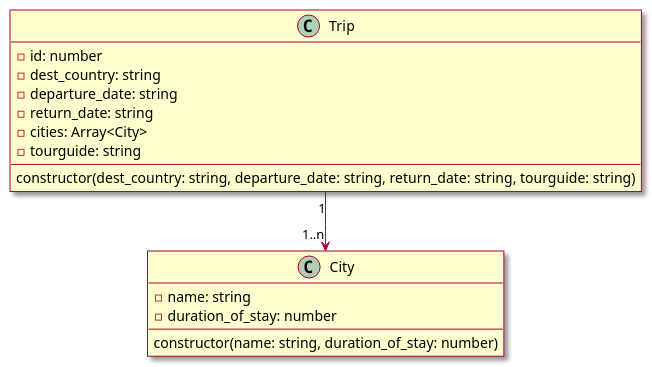
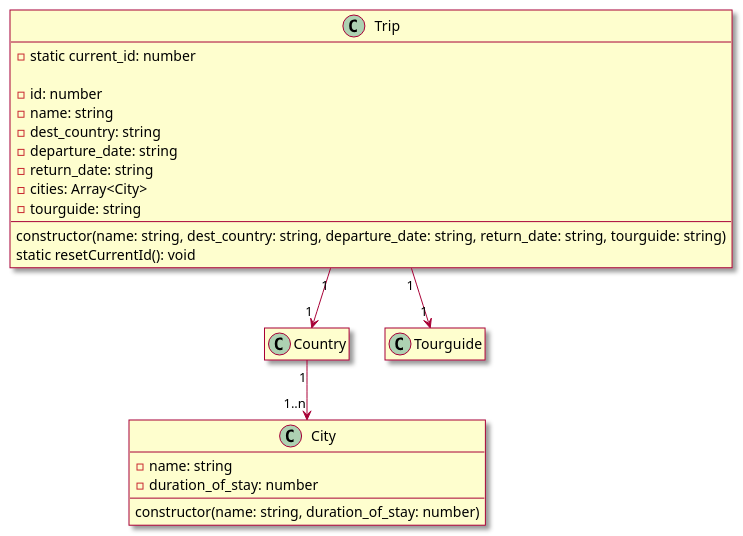
Before and after one commit to mPerezHeilig/Webtech_App: the diagram in docs/classdiagram.puml, drawn with PlantUML.

Commit message:
Update class diagram

```diff
--- a/docs/classdiagram.puml
+++ b/docs/classdiagram.puml
@@ -3,23 +3,36 @@
 @startuml
 hide empty members
 skin rose
 
 class Trip {
+    -static current_id: number
+
     -id: number
+    -name: string
     -dest_country: string
     -departure_date: string
     -return_date: string
     -cities: Array<City>
     -tourguide: string
-    constructor(dest_country: string, departure_date: string, return_date: string, tourguide: string)
+    constructor(name: string, dest_country: string, departure_date: string, return_date: string, tourguide: string)
+    static resetCurrentId(): void
+
+}
+class Country {
 
 }
 
 class City {
     -name: string
     -duration_of_stay: number
     constructor(name: string, duration_of_stay: number)
 }
 
-Trip "1" --> "1..n" City
+class Tourguide {
+
+}
+
+Trip "1" --> "1" Country
+Trip "1" --> "1" Tourguide
+Country "1" --> "1..n" City
 @enduml
```
